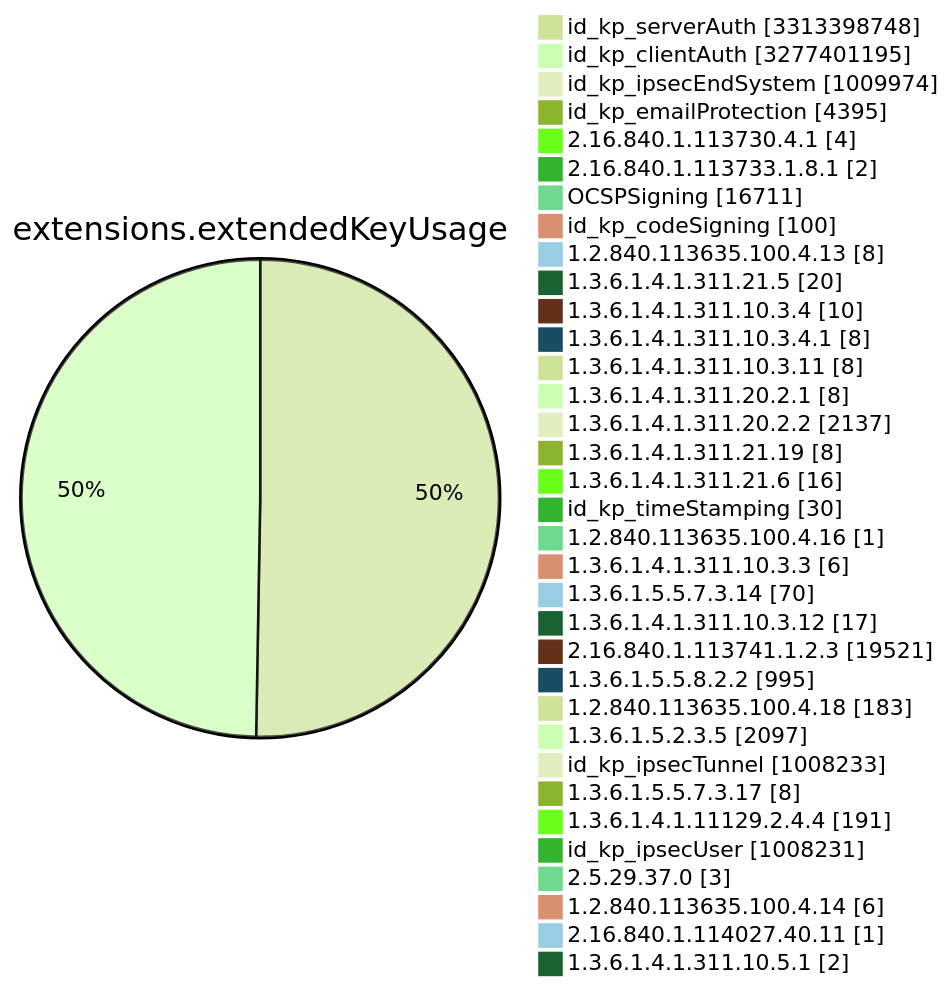
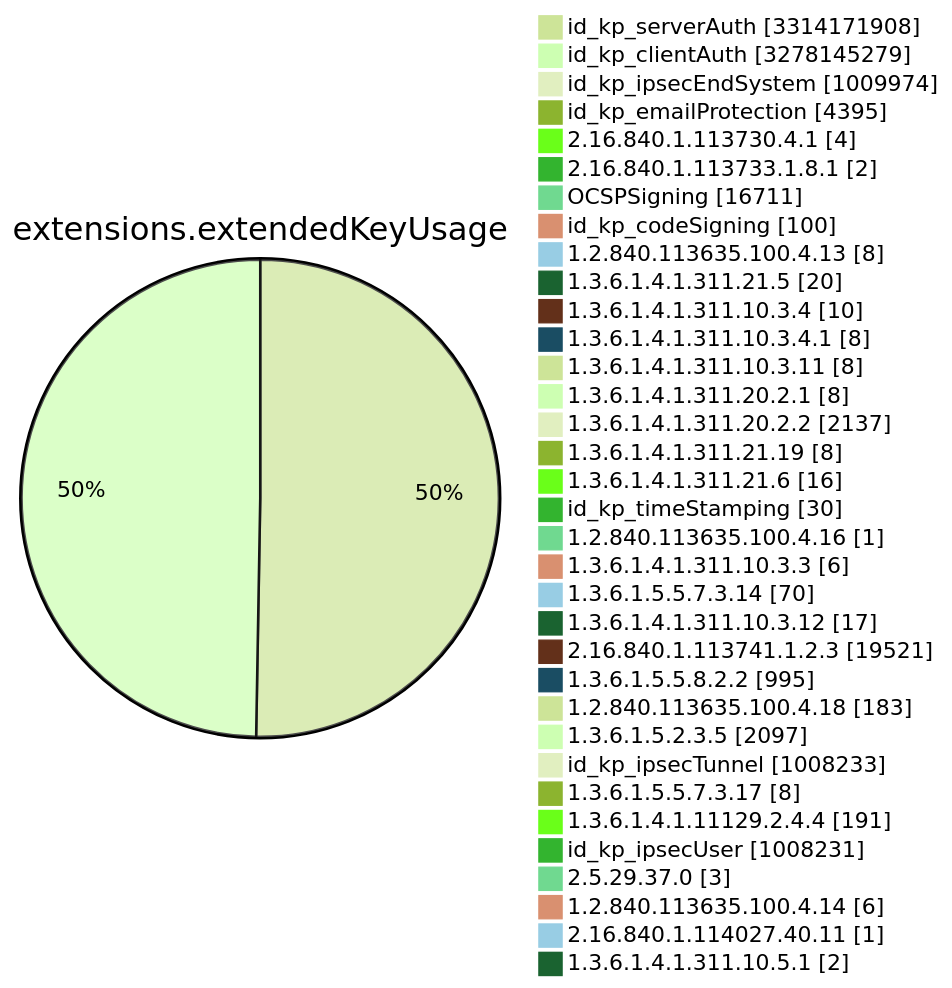
One commit to christiankrug/ctmonitor_visualization changed diagram 11 of 15 in TOTAL/README.md. Above: the diagram before and after it, drawn with Mermaid (forest theme). The commit also changed other lines of this file, not shown here.

````diff
--- a/TOTAL/README.md
+++ b/TOTAL/README.md
@@ -4120,38 +4120,38 @@
 ```mermaid
 pie showData
 title extensions.extendedKeyUsage
-"id_kp_serverAuth" :3313398748
-"id_kp_clientAuth" :3277401195
+"id_kp_serverAuth" :3314171908
+"id_kp_clientAuth" :3278145279
 "id_kp_ipsecEndSystem" :1009974
 "id_kp_emailProtection" :4395
 "2.16.840.1.113730.4.1" :4
 "2.16.840.1.113733.1.8.1" :2
 "OCSPSigning" :16711
 "id_kp_codeSigning" :100
 "1.2.840.113635.100.4.13" :8
 "1.3.6.1.4.1.311.21.5" :20
 "1.3.6.1.4.1.311.10.3.4" :10
 "1.3.6.1.4.1.311.10.3.4.1" :8
 "1.3.6.1.4.1.311.10.3.11" :8
 "1.3.6.1.4.1.311.20.2.1" :8
 "1.3.6.1.4.1.311.20.2.2" :2137
 "1.3.6.1.4.1.311.21.19" :8
 "1.3.6.1.4.1.311.21.6" :16
 "id_kp_timeStamping" :30
 "1.2.840.113635.100.4.16" :1
 "1.3.6.1.4.1.311.10.3.3" :6
 "1.3.6.1.5.5.7.3.14" :70
 "1.3.6.1.4.1.311.10.3.12" :17
 "2.16.840.1.113741.1.2.3" :19521
 "1.3.6.1.5.5.8.2.2" :995
 "1.2.840.113635.100.4.18" :183
 "1.3.6.1.5.2.3.5" :2097
 "id_kp_ipsecTunnel" :1008233
 "1.3.6.1.5.5.7.3.17" :8
 "1.3.6.1.4.1.11129.2.4.4" :191
 "id_kp_ipsecUser" :1008231
 "2.5.29.37.0" :3
 "1.2.840.113635.100.4.14" :6
 "2.16.840.1.114027.40.11" :1
 "1.3.6.1.4.1.311.10.5.1" :2
 ```
````
